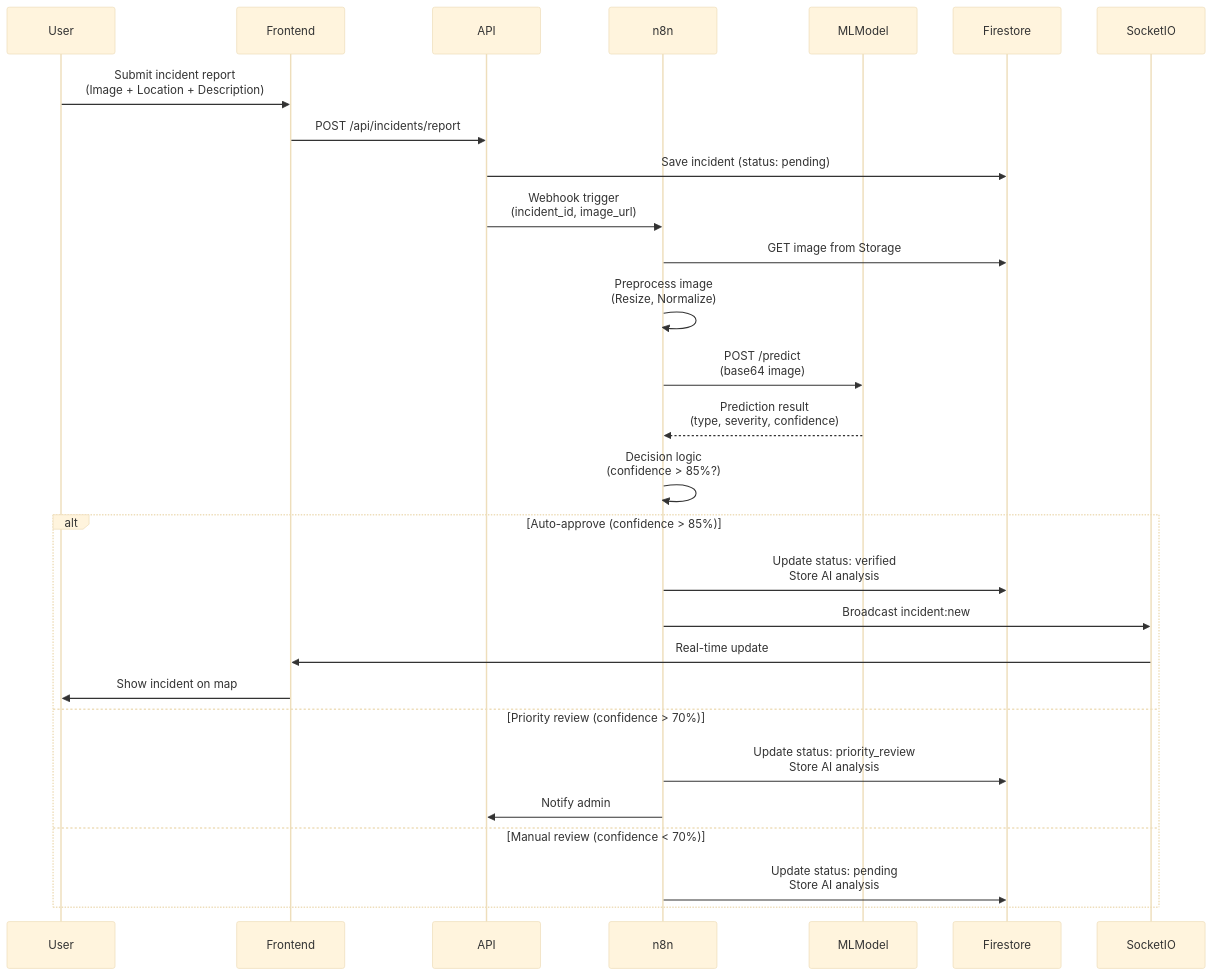
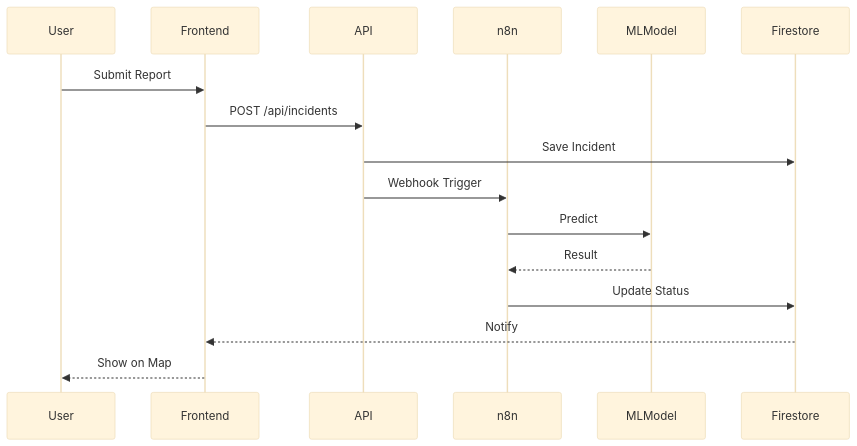
Before and after one commit to nvtank/AI_Assistant_DN: the first of 8 diagrams in docs/future/07-Future-Data-Flow.md, drawn with Mermaid (base theme). The commit also changed other lines of this file and 3 other files, not shown here.

````diff
--- a/docs/future/07-Future-Data-Flow.md
+++ b/docs/future/07-Future-Data-Flow.md
@@ -21,34 +21,19 @@
 ```mermaid
 sequenceDiagram
     participant User
     participant Frontend
     participant API
     participant n8n
     participant MLModel
     participant Firestore
-    participant SocketIO
     
-    User->>Frontend: Submit incident report<br/>(Image + Location + Description)
-    Frontend->>API: POST /api/incidents/report
-    API->>Firestore: Save incident (status: pending)
-    API->>n8n: Webhook trigger<br/>(incident_id, image_url)
-    
-    n8n->>Firestore: GET image from Storage
-    n8n->>n8n: Preprocess image<br/>(Resize, Normalize)
-    n8n->>MLModel: POST /predict<br/>(base64 image)
-    MLModel-->>n8n: Prediction result<br/>(type, severity, confidence)
-    
-    n8n->>n8n: Decision logic<br/>(confidence > 85%?)
-    
-    alt Auto-approve (confidence > 85%)
-        n8n->>Firestore: Update status: verified<br/>Store AI analysis
-        n8n->>SocketIO: Broadcast incident:new
-        SocketIO->>Frontend: Real-time update
-        Frontend->>User: Show incident on map
-    else Priority review (confidence > 70%)
-        n8n->>Firestore: Update status: priority_review<br/>Store AI analysis
-        n8n->>API: Notify admin
-    else Manual review (confidence < 70%)
-        n8n->>Firestore: Update status: pending<br/>Store AI analysis
-    end
+    User->>Frontend: Submit Report
+    Frontend->>API: POST /api/incidents
+    API->>Firestore: Save Incident
+    API->>n8n: Webhook Trigger
+    n8n->>MLModel: Predict
+    MLModel-->>n8n: Result
+    n8n->>Firestore: Update Status
+    Firestore-->>Frontend: Notify
+    Frontend-->>User: Show on Map
 ```
````
